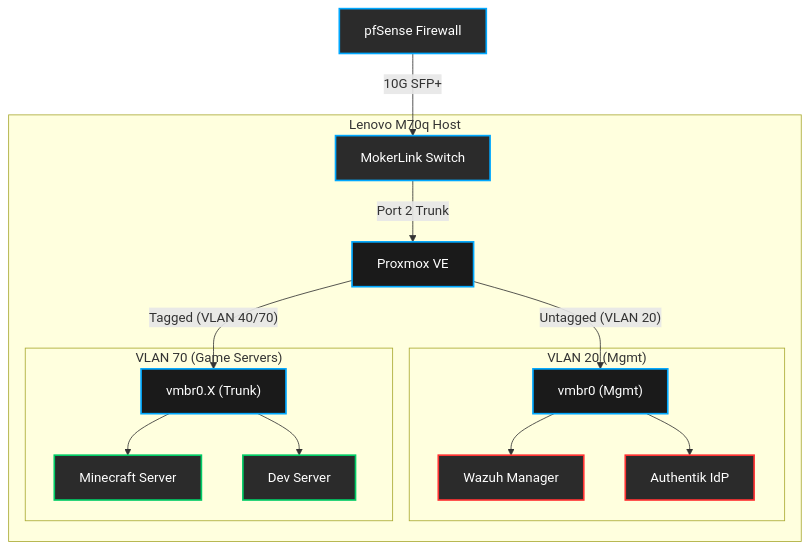
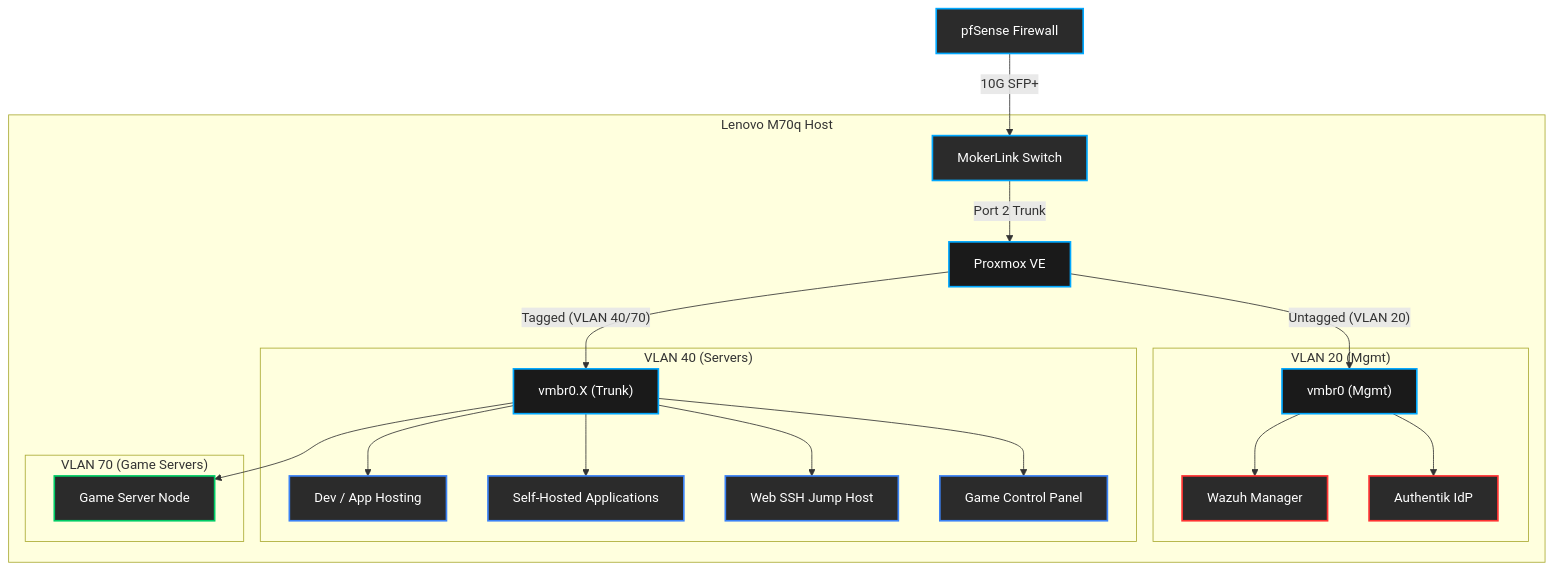
The diagram in network-core/proxmox-networking.md (gurvinny/home-network-lab), drawn with Mermaid before and after one commit. The commit also changed other lines of this file, not shown here.

First line of the commit message:
docs: correct hypervisor VM placement to VLAN 40

````diff
--- a/network-core/proxmox-networking.md
+++ b/network-core/proxmox-networking.md
@@ -49,28 +54,35 @@
 ```mermaid
 graph TD
     %% Styling for dark hacker theme
     classDef firewall fill:#2b2b2b,stroke:#00a8ff,stroke-width:2px,color:#ffffff
     classDef switch fill:#2b2b2b,stroke:#00a8ff,stroke-width:2px,color:#ffffff
     classDef proxmox fill:#1a1a1a,stroke:#00a8ff,stroke-width:2px,color:#ffffff
     classDef vmMgmt fill:#2b2b2b,stroke:#ff3333,stroke-width:2px,color:#ffffff
+    classDef vmServer fill:#2b2b2b,stroke:#3b82f6,stroke-width:2px,color:#ffffff
     classDef vmGame fill:#2b2b2b,stroke:#00cc66,stroke-width:2px,color:#ffffff
 
     FW["pfSense Firewall"]:::firewall -->|"10G SFP+"| SW["MokerLink Switch"]:::switch
 
     subgraph "Lenovo M70q Host"
         SW -->|"Port 2 Trunk"| PVE["Proxmox VE"]:::proxmox
 
         PVE -->|"Untagged (VLAN 20)"| MGMT_BR["vmbr0 (Mgmt)"]:::proxmox
         PVE -->|"Tagged (VLAN 40/70)"| VLAN_BR["vmbr0.X (Trunk)"]:::proxmox
 
         subgraph "VLAN 20 (Mgmt)"
             MGMT_BR --> WAZUH["Wazuh Manager"]:::vmMgmt
             MGMT_BR --> AUTH["Authentik IdP"]:::vmMgmt
         end
 
+        subgraph "VLAN 40 (Servers)"
+            VLAN_BR --> DEV["Dev / App Hosting"]:::vmServer
+            VLAN_BR --> APPS["Self-Hosted Applications"]:::vmServer
+            VLAN_BR --> JUMP["Web SSH Jump Host"]:::vmServer
+            VLAN_BR --> PANEL["Game Control Panel"]:::vmServer
+        end
+
         subgraph "VLAN 70 (Game Servers)"
-            VLAN_BR --> GAME["Minecraft Server"]:::vmGame
-            VLAN_BR --> DEV["Dev Server"]:::vmGame
+            VLAN_BR --> GAME["Game Server Node"]:::vmGame
         end
     end
 ```
````
